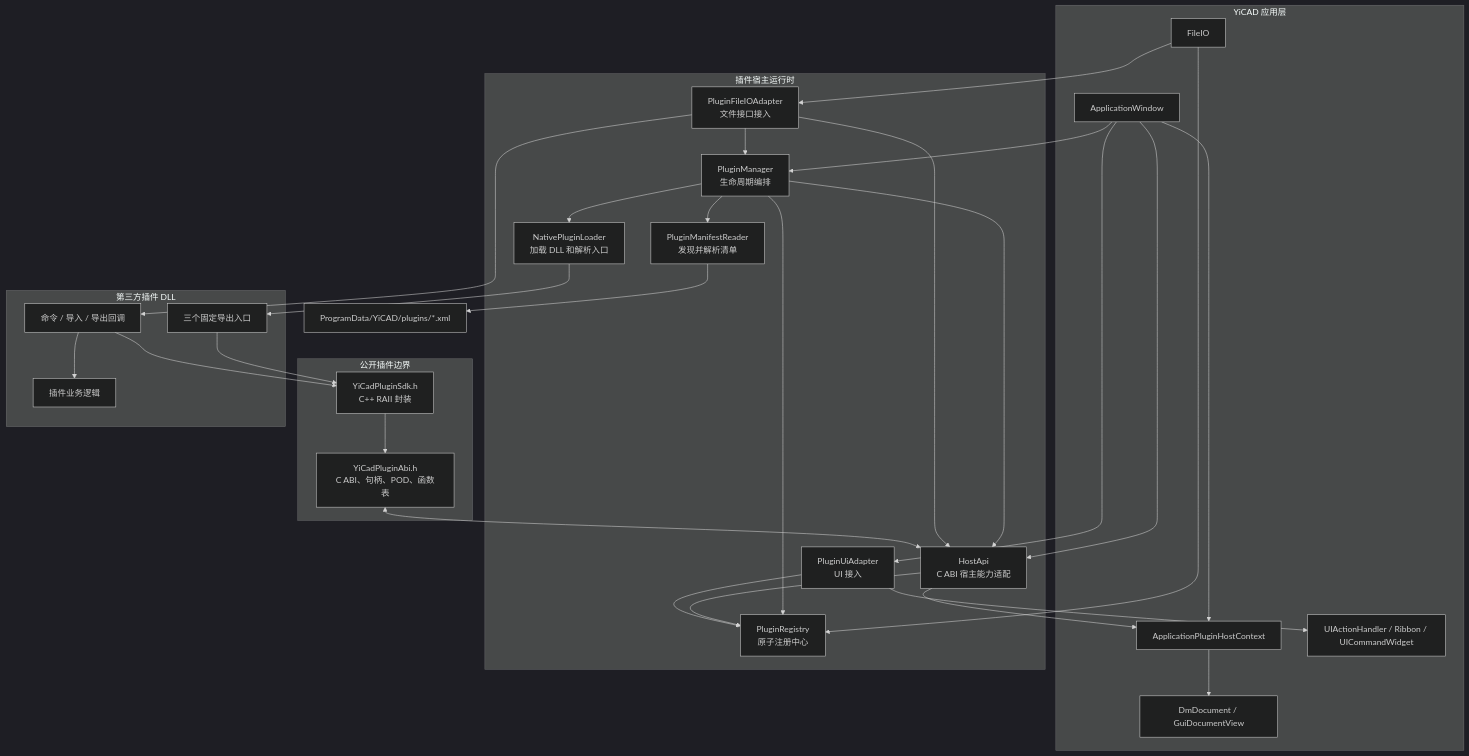
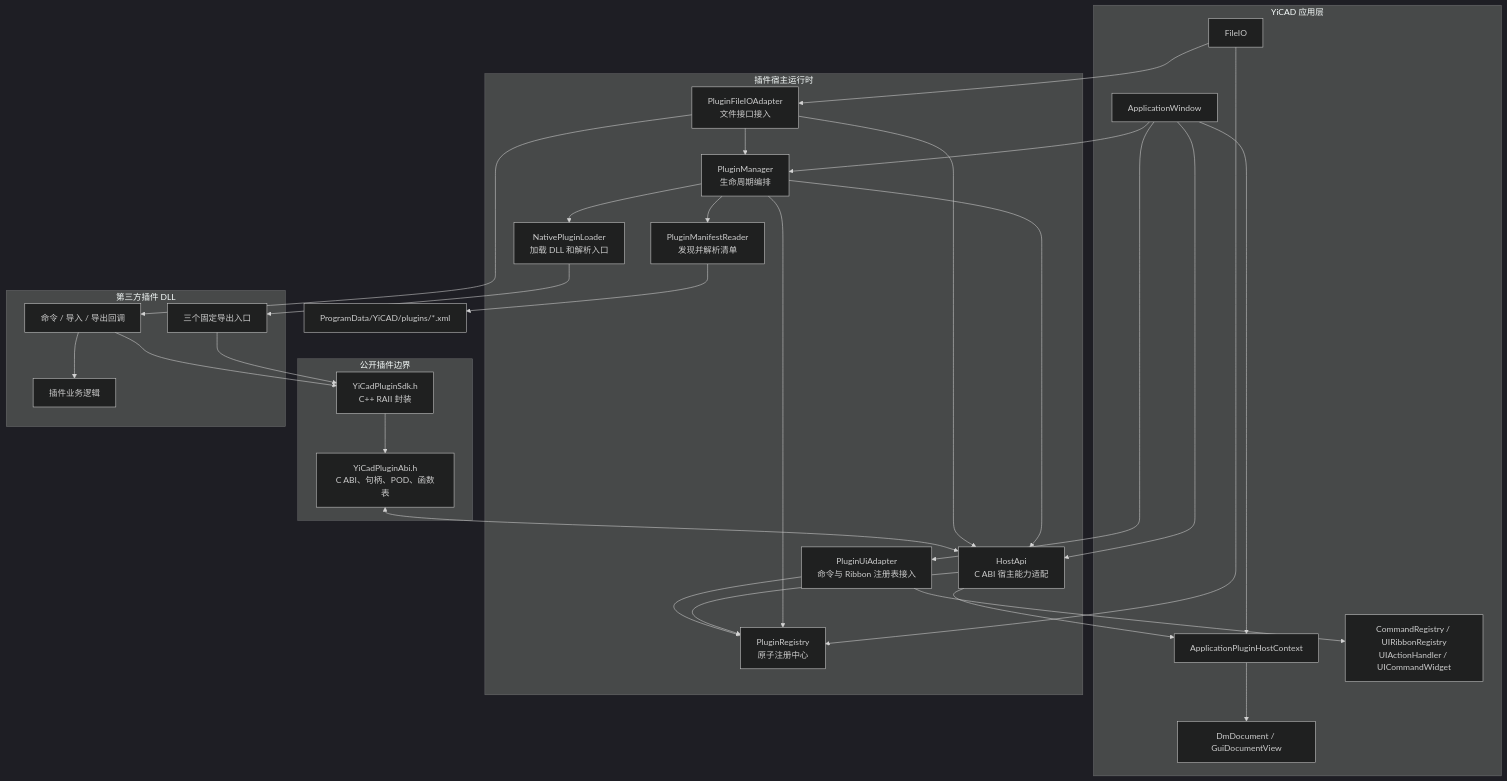
The first of 3 diagrams in doc/PLUGIN_SYSTEM_ARCHITECTURE.md (chicai-18/YiCAD), drawn with Mermaid (dark theme) before and after one commit. The commit also changed other lines of this file and 13 other files, not shown here.

First line of the commit message:
阶段4收尾②：插件命令接入 CommandRegistry，插件按钮接入 Ribbon 注册表

````diff
--- a/doc/PLUGIN_SYSTEM_ARCHITECTURE.md
+++ b/doc/PLUGIN_SYSTEM_ARCHITECTURE.md
@@ -17,59 +17,59 @@
 ```mermaid
 flowchart TB
     subgraph App[YiCAD 应用层]
         AW[ApplicationWindow]
         AHC[ApplicationPluginHostContext]
-        UI[UIActionHandler / Ribbon / UICommandWidget]
+        UI[CommandRegistry / UIRibbonRegistry<br/>UIActionHandler / UICommandWidget]
         FIO[FileIO]
         DOC[DmDocument / GuiDocumentView]
     end
 
     subgraph Runtime[插件宿主运行时]
         PM[PluginManager<br/>生命周期编排]
         MR[PluginManifestReader<br/>发现并解析清单]
         NL[NativePluginLoader<br/>加载 DLL 和解析入口]
         REG[PluginRegistry<br/>原子注册中心]
         HA[HostApi<br/>C ABI 宿主能力适配]
-        PUA[PluginUiAdapter<br/>UI 接入]
+        PUA[PluginUiAdapter<br/>命令与 Ribbon 注册表接入]
         PFA[PluginFileIOAdapter<br/>文件接口接入]
     end
 
     subgraph ABI[公开插件边界]
         ABI_H[YiCadPluginAbi.h<br/>C ABI、句柄、POD、函数表]
         SDK_H[YiCadPluginSdk.h<br/>C++ RAII 封装]
     end
 
     subgraph Plugin[第三方插件 DLL]
         ENTRY[三个固定导出入口]
         CALLBACK[命令 / 导入 / 导出回调]
         LOGIC[插件业务逻辑]
     end
 
     XML[ProgramData/YiCAD/plugins/*.xml]
 
     AW --> AHC
     AW --> PM
     AW --> HA
     AW --> PUA
     PM --> MR
     MR --> XML
     PM --> NL
     NL --> ENTRY
     PM --> REG
     PM --> HA
     HA --> AHC
     AHC --> DOC
     HA --> REG
     PUA --> REG
     PUA --> UI
     FIO --> REG
     FIO --> PFA
     PFA --> PM
     PFA --> HA
     PFA --> CALLBACK
     ENTRY --> SDK_H
     CALLBACK --> SDK_H
     SDK_H --> ABI_H
     ABI_H <--> HA
     CALLBACK --> LOGIC
 ```
````
